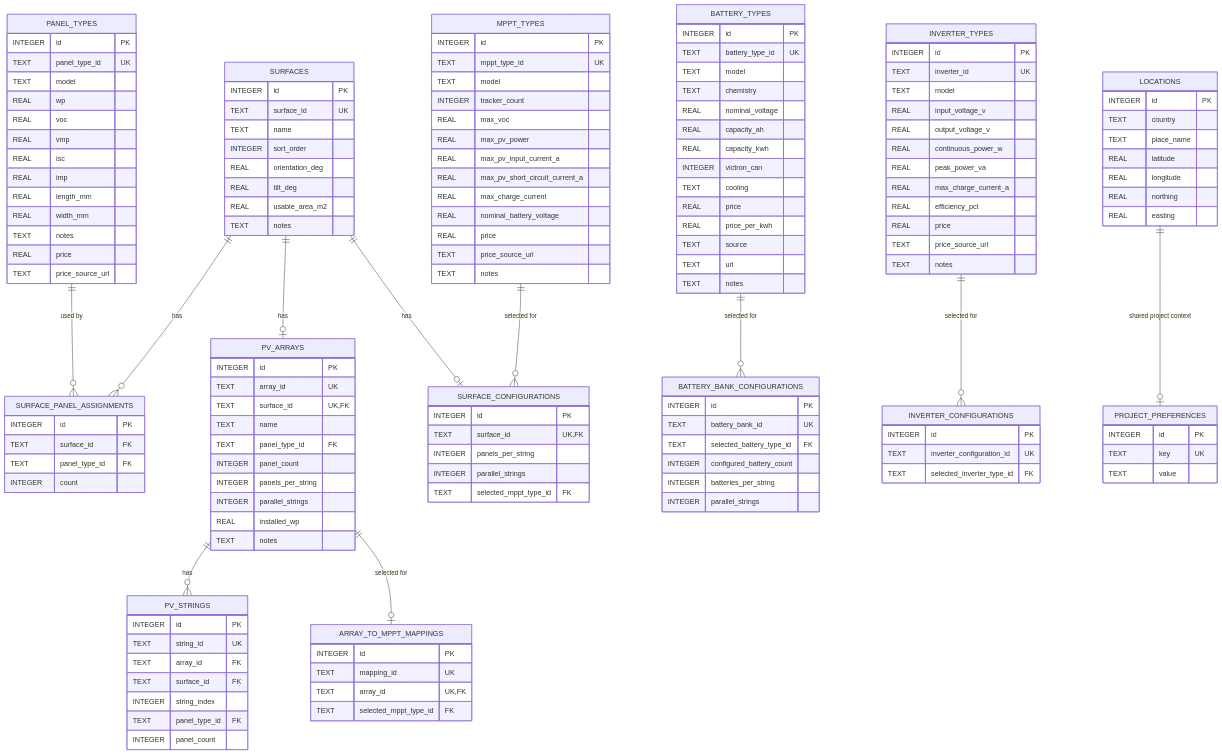
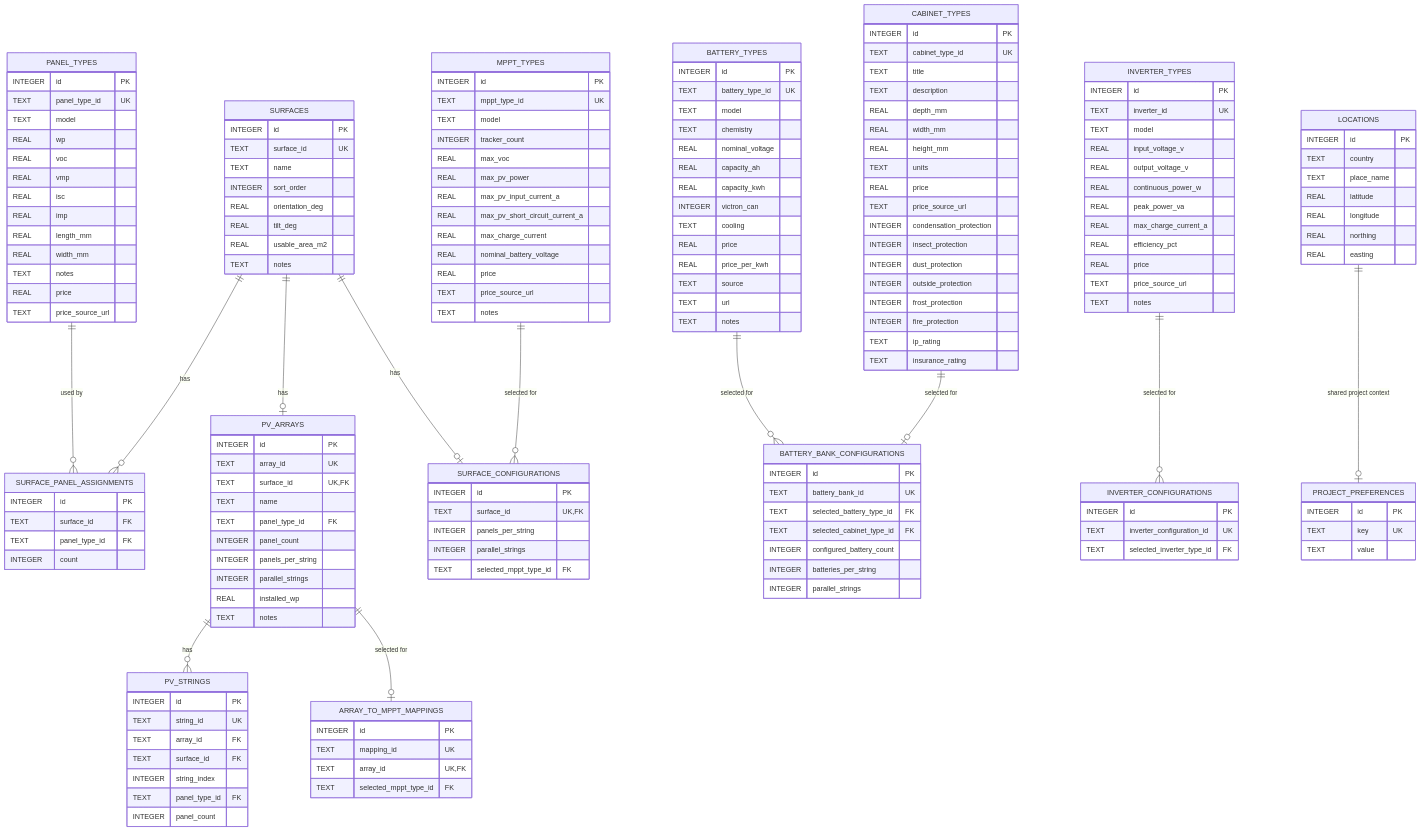
One commit to okkie2/OffGridOs changed the diagram in docs/database-schema.md. Above: the diagram before and after it, drawn with Mermaid. The commit also changed other lines of this file and 15 other files, not shown here.

````diff
--- a/docs/database-schema.md
+++ b/docs/database-schema.md
@@ -41,6 +41,27 @@
         TEXT notes
         REAL price
         TEXT price_source_url
+    }
+
+    CABINET_TYPES {
+        INTEGER id PK
+        TEXT cabinet_type_id UK
+        TEXT title
+        TEXT description
+        REAL depth_mm
+        REAL width_mm
+        REAL height_mm
+        TEXT units
+        REAL price
+        TEXT price_source_url
+        INTEGER condensation_protection
+        INTEGER insect_protection
+        INTEGER dust_protection
+        INTEGER outside_protection
+        INTEGER frost_protection
+        INTEGER fire_protection
+        TEXT ip_rating
+        TEXT insurance_rating
     }
 
     SURFACE_PANEL_ASSIGNMENTS {
@@ -125,6 +146,7 @@
         INTEGER id PK
         TEXT battery_bank_id UK
         TEXT selected_battery_type_id FK
+        TEXT selected_cabinet_type_id FK
         INTEGER configured_battery_count
         INTEGER batteries_per_string
         INTEGER parallel_strings
@@ -166,5 +188,6 @@
     SURFACES ||--o| SURFACE_CONFIGURATIONS : "has"
     MPPT_TYPES ||--o{ SURFACE_CONFIGURATIONS : "selected for"
     BATTERY_TYPES ||--o{ BATTERY_BANK_CONFIGURATIONS : "selected for"
+    CABINET_TYPES ||--o| BATTERY_BANK_CONFIGURATIONS : "selected for"
     INVERTER_TYPES ||--o{ INVERTER_CONFIGURATIONS : "selected for"
 ```
````
